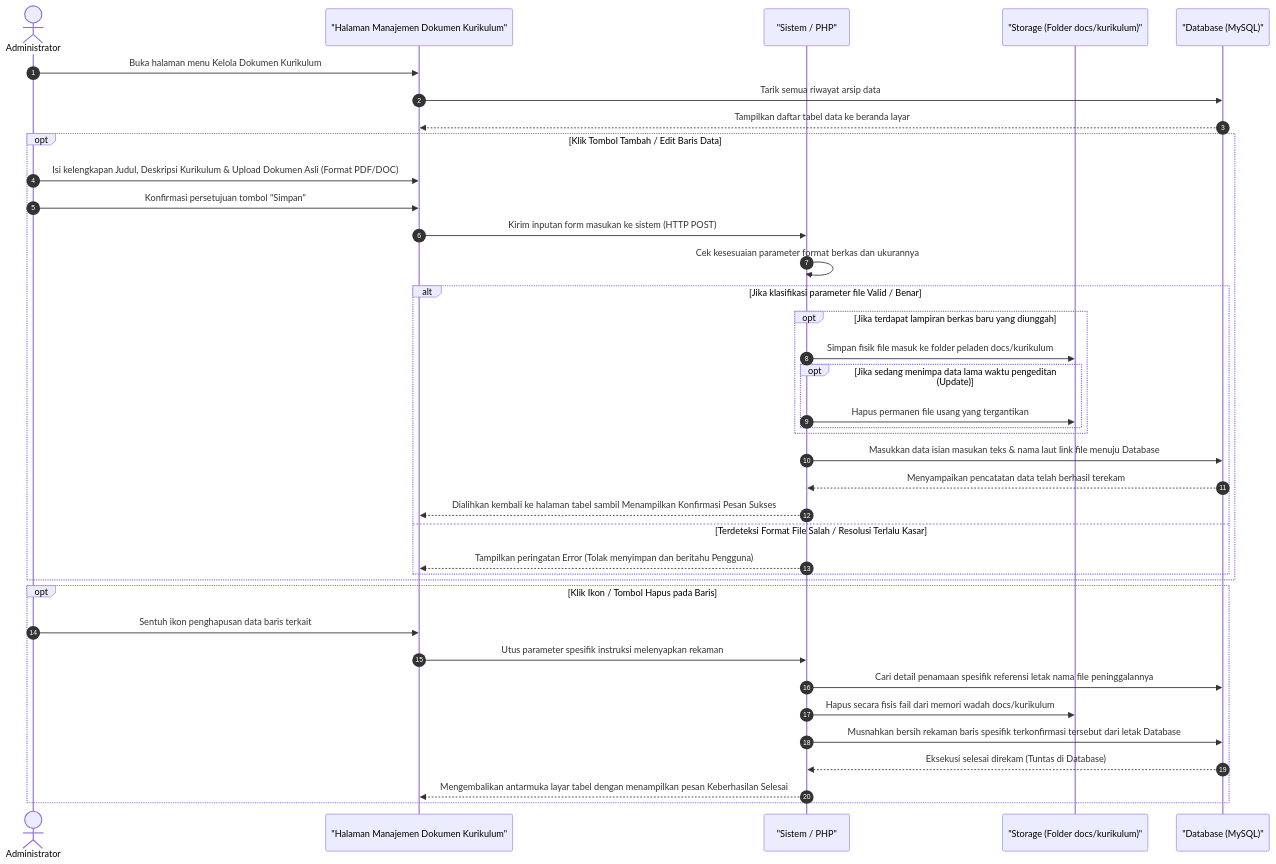
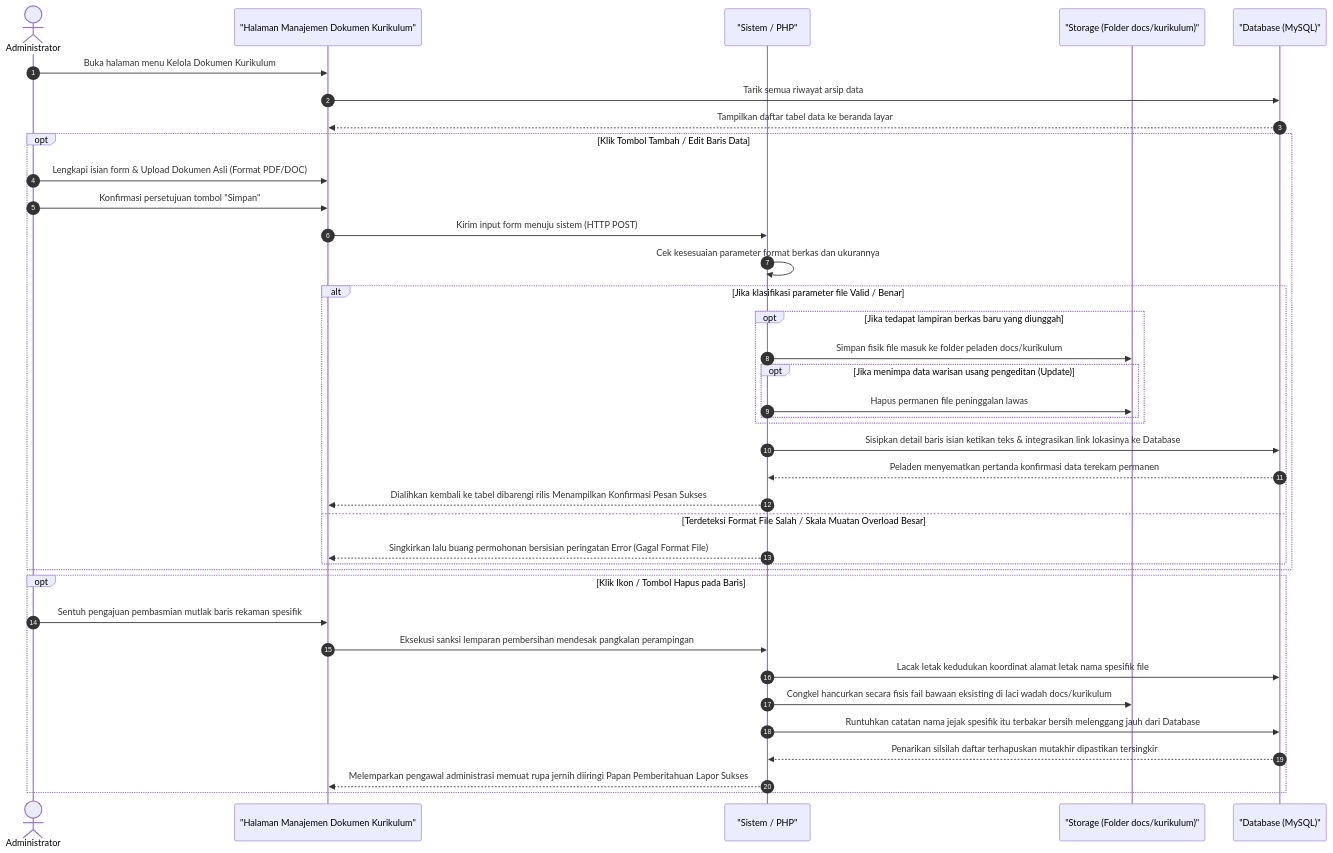
The diagram in docs/sequence_diagram_admin_kurikulum.md (arbain-dev/Web_fikom), drawn with Mermaid before and after one commit. The commit also changed other lines of this file and 18 other files, not shown here.

Commit message:
docs: mengubah format penjelasan sequence administrator dari list menjadi paragraf naratif

````diff
--- a/docs/sequence_diagram_admin_kurikulum.md
+++ b/docs/sequence_diagram_admin_kurikulum.md
@@ -29,48 +15,48 @@
 ```mermaid
 sequenceDiagram
     autonumber
     actor Admin as Administrator
     participant View as "Halaman Manajemen Dokumen Kurikulum"
     participant System as "Sistem / PHP"
     participant Server as "Storage (Folder docs/kurikulum)"
     participant DB as "Database (MySQL)"
 
     Admin->>View: Buka halaman menu Kelola Dokumen Kurikulum
     View->>DB: Tarik semua riwayat arsip data
     DB-->>View: Tampilkan daftar tabel data ke beranda layar
 
     %% Proses Tambah / Edit
     opt Klik Tombol Tambah / Edit Baris Data
-        Admin->>View: Isi kelengkapan Judul, Deskripsi Kurikulum & Upload Dokumen Asli (Format PDF/DOC)
+        Admin->>View: Lengkapi isian form & Upload Dokumen Asli (Format PDF/DOC)
         Admin->>View: Konfirmasi persetujuan tombol "Simpan"
-        View->>System: Kirim inputan form masukan ke sistem (HTTP POST)
+        View->>System: Kirim input form menuju sistem (HTTP POST)
 
         System->>System: Cek kesesuaian parameter format berkas dan ukurannya
         
         alt Jika klasifikasi parameter file Valid / Benar
-            opt Jika terdapat lampiran berkas baru yang diunggah
+            opt Jika tedapat lampiran berkas baru yang diunggah
                 System->>Server: Simpan fisik file masuk ke folder peladen docs/kurikulum
-                opt Jika sedang menimpa data lama waktu pengeditan (Update)
-                    System->>Server: Hapus permanen file usang yang tergantikan
+                opt Jika menimpa data warisan usang pengeditan (Update)
+                    System->>Server: Hapus permanen file peninggalan lawas
                 end
             end
             
-            System->>DB: Masukkan data isian masukan teks & nama laut link file menuju Database
-            DB-->>System: Menyampaikan pencatatan data telah berhasil terekam
-            System-->>View: Dialihkan kembali ke halaman tabel sambil Menampilkan Konfirmasi Pesan Sukses
-        else Terdeteksi Format File Salah / Resolusi Terlalu Kasar
-            System-->>View: Tampilkan peringatan Error (Tolak menyimpan dan beritahu Pengguna)
+            System->>DB: Sisipkan detail baris isian ketikan teks & integrasikan link lokasinya ke Database
+            DB-->>System: Peladen menyematkan pertanda konfirmasi data terekam permanen
+            System-->>View: Dialihkan kembali ke tabel dibarengi rilis Menampilkan Konfirmasi Pesan Sukses
+        else Terdeteksi Format File Salah / Skala Muatan Overload Besar
+            System-->>View: Singkirkan lalu buang permohonan bersisian peringatan Error (Gagal Format File)
         end
     end
 
     %% Proses Hapus
     opt Klik Ikon / Tombol Hapus pada Baris
-        Admin->>View: Sentuh ikon penghapusan data baris terkait
-        View->>System: Utus parameter spesifik instruksi melenyapkan rekaman
-        System->>DB: Cari detail penamaan spesifik referensi letak nama file peninggalannya
-        System->>Server: Hapus secara fisis fail dari memori wadah docs/kurikulum
-        System->>DB: Musnahkan bersih rekaman baris spesifik terkonfirmasi tersebut dari letak Database
-        DB-->>System: Eksekusi selesai direkam (Tuntas di Database)
-        System-->>View: Mengembalikan antarmuka layar tabel dengan menampilkan pesan Keberhasilan Selesai
+        Admin->>View: Sentuh pengajuan pembasmian mutlak baris rekaman spesifik
+        View->>System: Eksekusi sanksi lemparan pembersihan mendesak pangkalan perampingan
+        System->>DB: Lacak letak kedudukan koordinat alamat letak nama spesifik file 
+        System->>Server: Congkel hancurkan secara fisis fail bawaan eksisting di laci wadah docs/kurikulum
+        System->>DB: Runtuhkan catatan nama jejak spesifik itu terbakar bersih melenggang jauh dari Database
+        DB-->>System: Penarikan silsilah daftar terhapuskan mutakhir dipastikan tersingkir
+        System-->>View: Melemparkan pengawal administrasi memuat rupa jernih diiringi Papan Pemberitahuan Lapor Sukses 
     end
 ```
````
